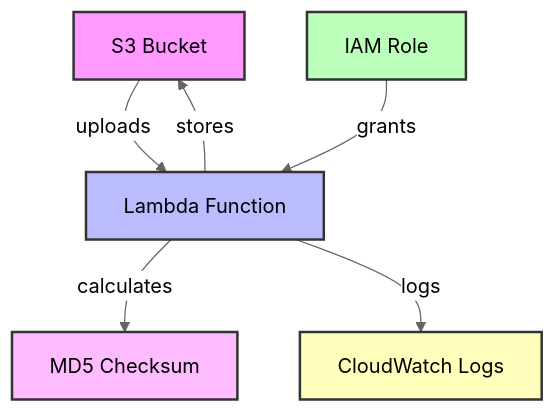
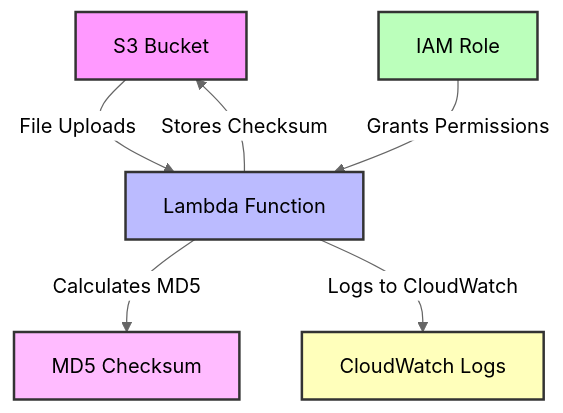
One commit to taimax13/platform-tool changed the diagram in README.md. Above: the diagram before and after it, drawn with Mermaid (neutral theme).

````diff
--- a/README.md
+++ b/README.md
@@ -156,22 +156,22 @@
 ```mermaid
 graph TD;
-    A[S3 Bucket] -->|uploads| B[Lambda Function];
-    B -->|calculates| C[MD5 Checksum];
-    B -->|stores| A;
-    B -->|logs| D[CloudWatch Logs];
-    E[IAM Role] -->|grants| B;
+    A[S3 Bucket] -->|File Uploads| B[Lambda Function];
+    B -->|Calculates MD5| C[MD5 Checksum];
+    B -->|Stores Checksum| A;
+    B -->|Logs to CloudWatch| D[CloudWatch Logs];
+    E[IAM Role] -->|Grants Permissions| B;
     
-    %% Adding colors
+    %% Adding colors and rounded corners
     A[S3 Bucket]:::s3style;
     B[Lambda Function]:::lambdastyle;
     C[MD5 Checksum]:::checksumstyle;
     D[CloudWatch Logs]:::logstyle;
     E[IAM Role]:::iamstyle;
 
     %% Style Definitions
-    classDef s3style fill:#f9f,stroke:#333,stroke-width:2px;
-    classDef lambdastyle fill:#bbf,stroke:#333,stroke-width:2px;
-    classDef checksumstyle fill:#fbf,stroke:#333,stroke-width:2px;
-    classDef logstyle fill:#ffb,stroke:#333,stroke-width:2px;
-    classDef iamstyle fill:#bfb,stroke:#333,stroke-width:2px;
+    classDef s3style fill:#f9f,stroke:#333,stroke-width:2px,stroke-linecap:round;
+    classDef lambdastyle fill:#bbf,stroke:#333,stroke-width:2px,stroke-linecap:round;
+    classDef checksumstyle fill:#fbf,stroke:#333,stroke-width:2px,stroke-linecap:round;
+    classDef logstyle fill:#ffb,stroke:#333,stroke-width:2px,stroke-linecap:round;
+    classDef iamstyle fill:#bfb,stroke:#333,stroke-width:2px,stroke-linecap:round;
 ```
````
